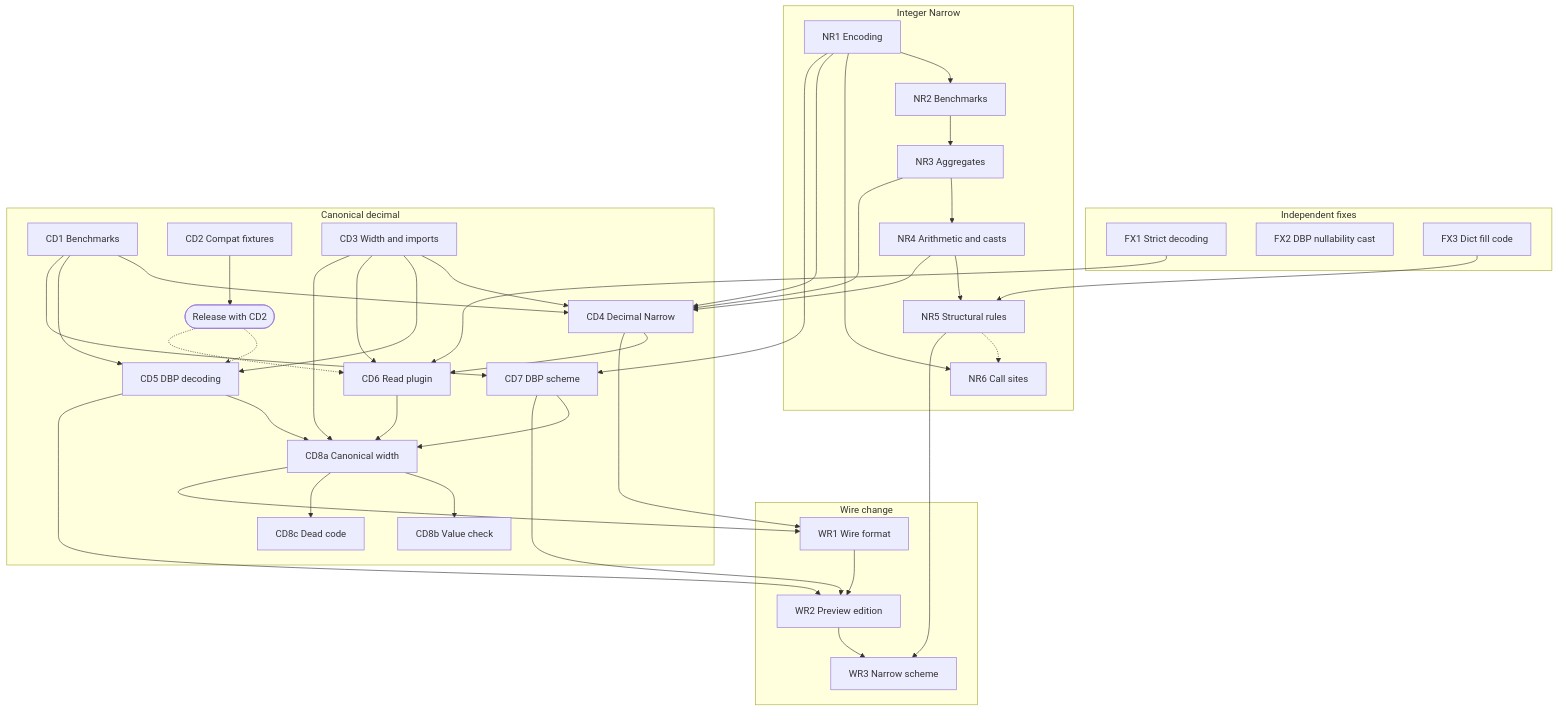
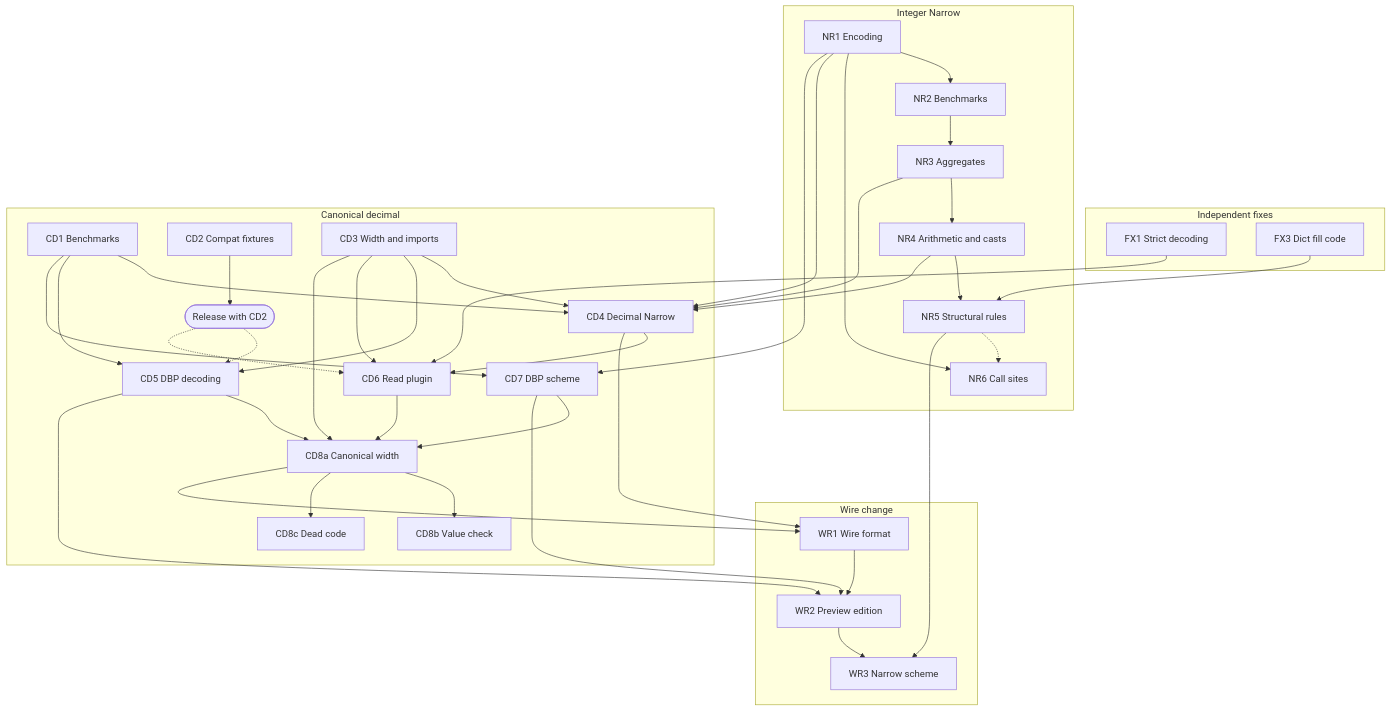
The diagram in research/decimal/04-implementation.md (vortex-data/vortex), drawn with Mermaid before and after one commit. The commit also changed other lines of this file and 11 other files, not shown here.

````diff
--- a/research/decimal/04-implementation.md
+++ b/research/decimal/04-implementation.md
@@ -105,67 +104,66 @@
 ```mermaid
 flowchart TD
     subgraph FIX["Independent fixes"]
         FX1["FX1 Strict decoding"]
-        FX2["FX2 DBP nullability cast"]
         FX3["FX3 Dict fill code"]
     end
     subgraph NR["Integer Narrow"]
         NR1["NR1 Encoding"]
         NR2["NR2 Benchmarks"]
         NR3["NR3 Aggregates"]
         NR4["NR4 Arithmetic and casts"]
         NR5["NR5 Structural rules"]
         NR6["NR6 Call sites"]
     end
     subgraph CD["Canonical decimal"]
         CD1["CD1 Benchmarks"]
         CD2["CD2 Compat fixtures"]
         REL(["Release with CD2"])
         CD3["CD3 Width and imports"]
         CD4["CD4 Decimal Narrow"]
         CD5["CD5 DBP decoding"]
         CD6["CD6 Read plugin"]
         CD7["CD7 DBP scheme"]
         CD8a["CD8a Canonical width"]
         CD8b["CD8b Value check"]
         CD8c["CD8c Dead code"]
     end
     subgraph WR["Wire change"]
         WR1["WR1 Wire format"]
         WR2["WR2 Preview edition"]
         WR3["WR3 Narrow scheme"]
     end
 
     NR1 --> NR2 --> NR3 --> NR4 --> NR5
     FX3 --> NR5
     NR1 --> NR6
     NR5 -.-> NR6
     CD2 --> REL
     REL -.-> CD5
     REL -.-> CD6
     CD1 --> CD4
     CD3 --> CD4
     NR1 --> CD4
     NR3 --> CD4
     NR4 --> CD4
     CD1 --> CD5
     CD3 --> CD5
     FX1 --> CD6
     CD3 --> CD6
     CD4 --> CD6
     NR1 --> CD7
     CD1 --> CD7
     CD3 --> CD8a
     CD5 --> CD8a
     CD6 --> CD8a
     CD7 --> CD8a
     CD8a --> CD8b
     CD8a --> CD8c
     CD8a --> WR1
     CD4 --> WR1
     WR1 --> WR2
     CD5 --> WR2
     CD7 --> WR2
     WR2 --> WR3
     NR5 --> WR3
 ```
````
